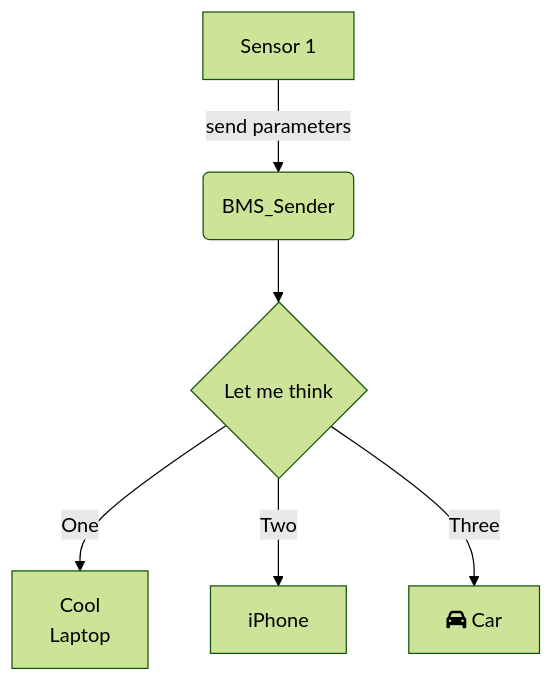
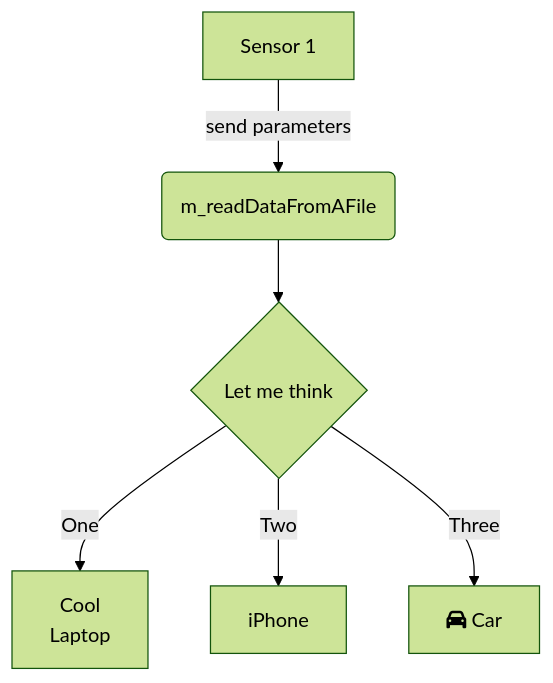
One commit to clean-code-craft-tcq-2/stream-line-JitendravansheekumarShelar changed the diagram in BMS_DataSender_Design.mmd. Above: the diagram before and after it, drawn with Mermaid (forest theme).

```diff
--- a/BMS_DataSender_Design.mmd
+++ b/BMS_DataSender_Design.mmd
@@ -1,6 +1,6 @@
 graph TD
-    A[Sensor 1] -->|send parameters| B(BMS_Sender)
+    A[Sensor 1] -->|send parameters| B(m_readDataFromAFile)
     B --> C{Let me think}
     C -->|One| D["Cool <br> Laptop"]
     C -->|Two| E[iPhone]
     C -->|Three| F[fa:fa-car Car]
```
